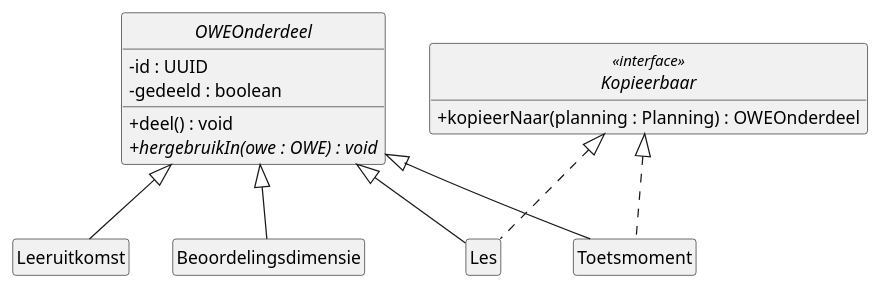
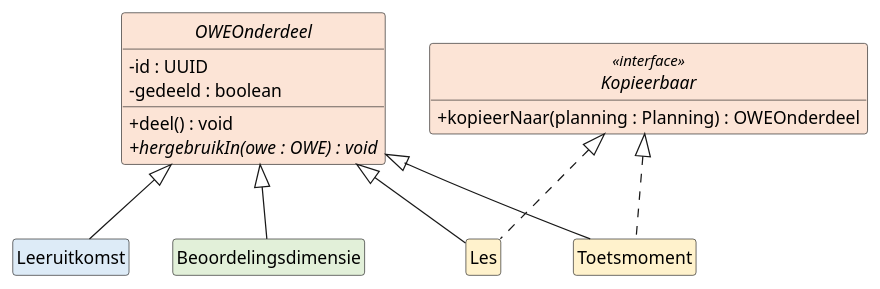
The diagram in docs/diagrams/klassendiagram-onderdeel.puml (HAN-Craftsmanship-KL-JJG/casus), drawn with PlantUML before and after one commit. The commit also changed 12 other files, not shown here.

First line of the commit message:
docs: colour each class by the diagram that defines it

```diff
--- a/docs/diagrams/klassendiagram-onderdeel.puml
+++ b/docs/diagrams/klassendiagram-onderdeel.puml
@@ -1,33 +1,34 @@
 @startuml klassendiagram-onderdeel
 ' Design class diagram van ICDE: OWEOnderdeel en hergebruik. Toelichting: docs/07-klassendiagram.md
 ' Getters en setters staan er niet in, zoals bij Larman (7.6).
 ' Een klasse zonder attributen en operaties staat volledig in een ander klassendiagram.
+' De kleur van een klasse is de kleur van het diagram waarin ze volledig staat.
 skinparam style strictuml
 skinparam shadowing false
 skinparam defaultFontName Helvetica
 skinparam classAttributeIconSize 0
 hide empty members
 
-abstract class OWEOnderdeel {
+abstract class OWEOnderdeel #FCE4D6 {
   - id : UUID
   - gedeeld : boolean
   + deel() : void
   + {abstract} hergebruikIn(owe : OWE) : void
 }
 
-interface Kopieerbaar <<interface>> {
+interface Kopieerbaar <<interface>> #FCE4D6 {
   + kopieerNaar(planning : Planning) : OWEOnderdeel
 }
 
-class Leeruitkomst
-class Beoordelingsdimensie
-class Les
-class Toetsmoment
+class Leeruitkomst #DDEBF7
+class Beoordelingsdimensie #E2F0D9
+class Les #FFF2CC
+class Toetsmoment #FFF2CC
 
 OWEOnderdeel <|-- Leeruitkomst
 OWEOnderdeel <|-- Beoordelingsdimensie
 OWEOnderdeel <|-- Les
 OWEOnderdeel <|-- Toetsmoment
 Kopieerbaar <|.. Les
 Kopieerbaar <|.. Toetsmoment
 @enduml
```
